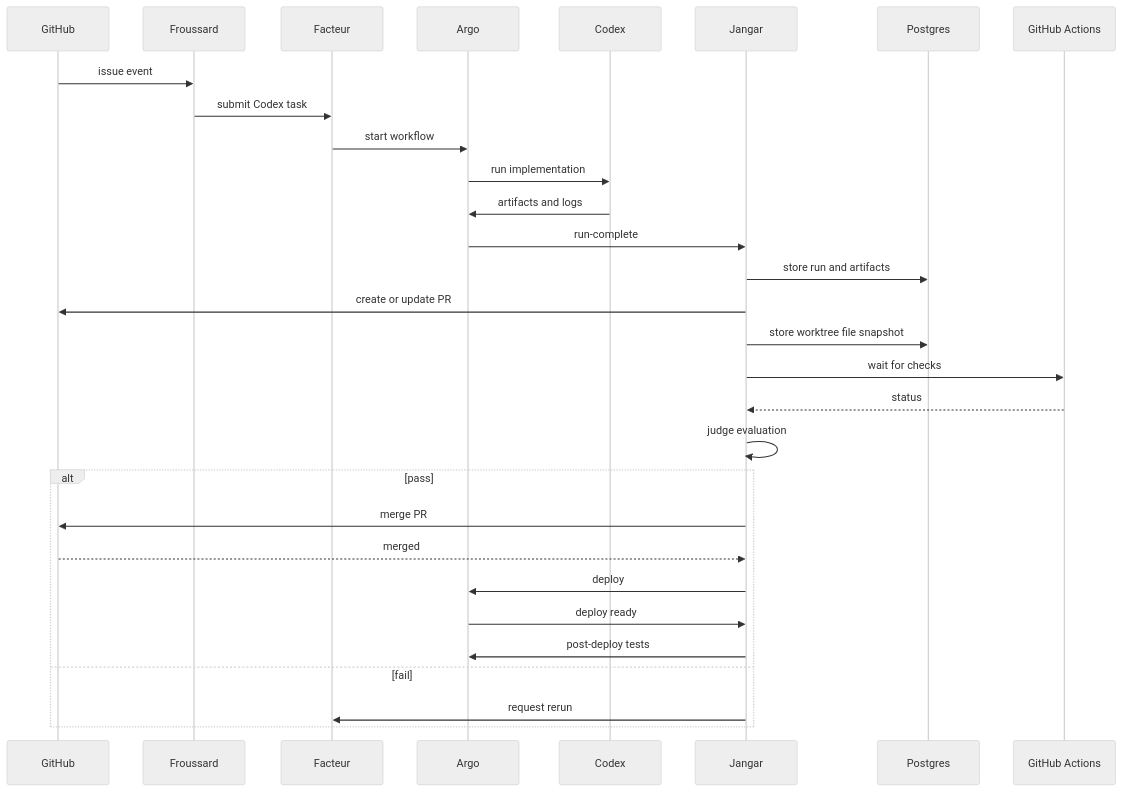
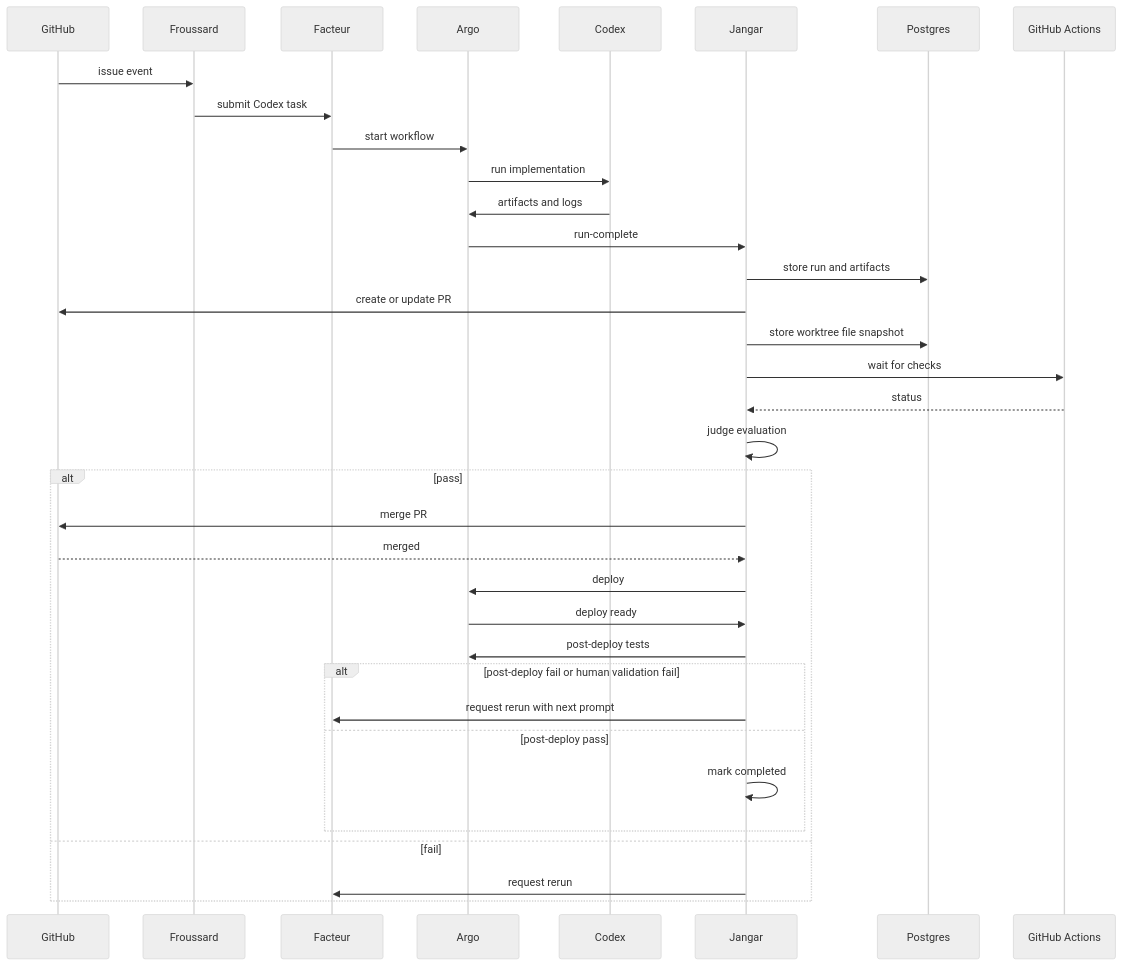
One commit to proompteng/lab changed the second of 3 diagrams in docs/jangar/autonomous-codex-end-to-end-design.md. Above: the diagram before and after it, drawn with Mermaid (neutral theme). The commit also changed other lines of this file, not shown here.

Commit message:
docs(jangar): add iteration paths for post-deploy and human validation

````diff
--- a/docs/jangar/autonomous-codex-end-to-end-design.md
+++ b/docs/jangar/autonomous-codex-end-to-end-design.md
@@ -319,33 +320,38 @@
 ```mermaid
 sequenceDiagram
   participant GH as GitHub
   participant FR as Froussard
   participant F as Facteur
   participant A as Argo
   participant C as Codex
   participant J as Jangar
   participant DB as Postgres
   participant CI as GitHub Actions
 
   GH->>FR: issue event
   FR->>F: submit Codex task
   F->>A: start workflow
   A->>C: run implementation
   C->>A: artifacts and logs
   A->>J: run-complete
   J->>DB: store run and artifacts
   J->>GH: create or update PR
   J->>DB: store worktree file snapshot
   J->>CI: wait for checks
   CI-->>J: status
   J->>J: judge evaluation
   alt pass
     J->>GH: merge PR
     GH-->>J: merged
     J->>A: deploy
     A->>J: deploy ready
     J->>A: post-deploy tests
+    alt post-deploy fail or human validation fail
+      J->>F: request rerun with next prompt
+    else post-deploy pass
+      J->>J: mark completed
+    end
   else fail
     J->>F: request rerun
   end
 ```
````
